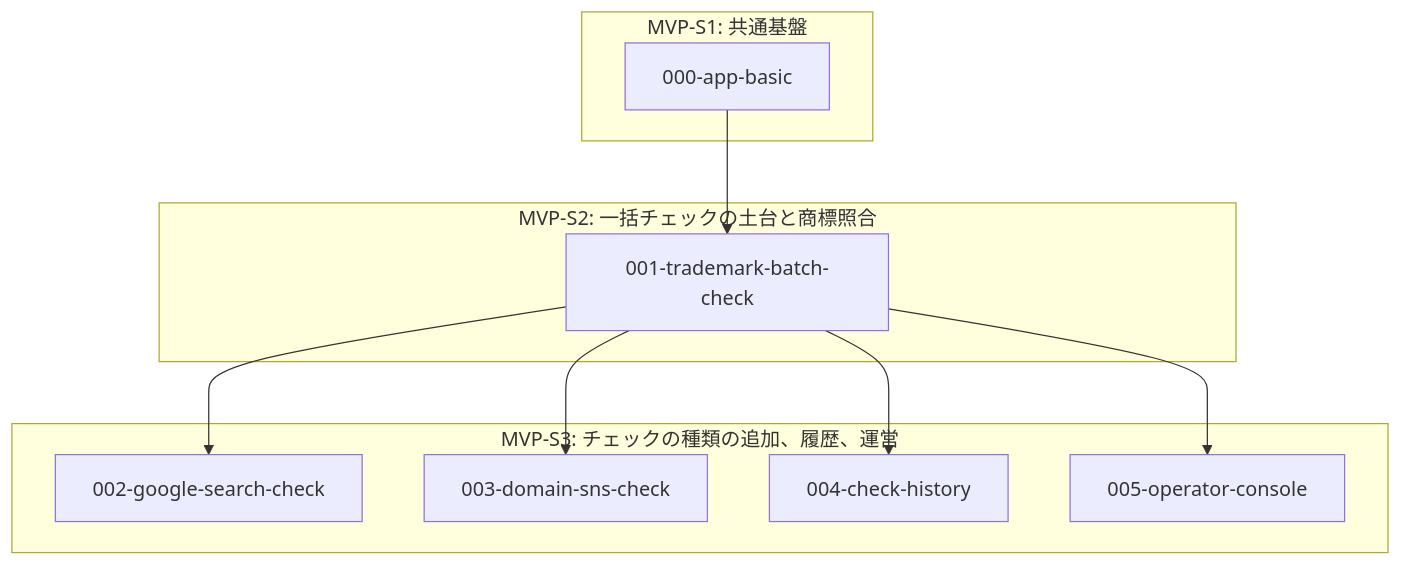
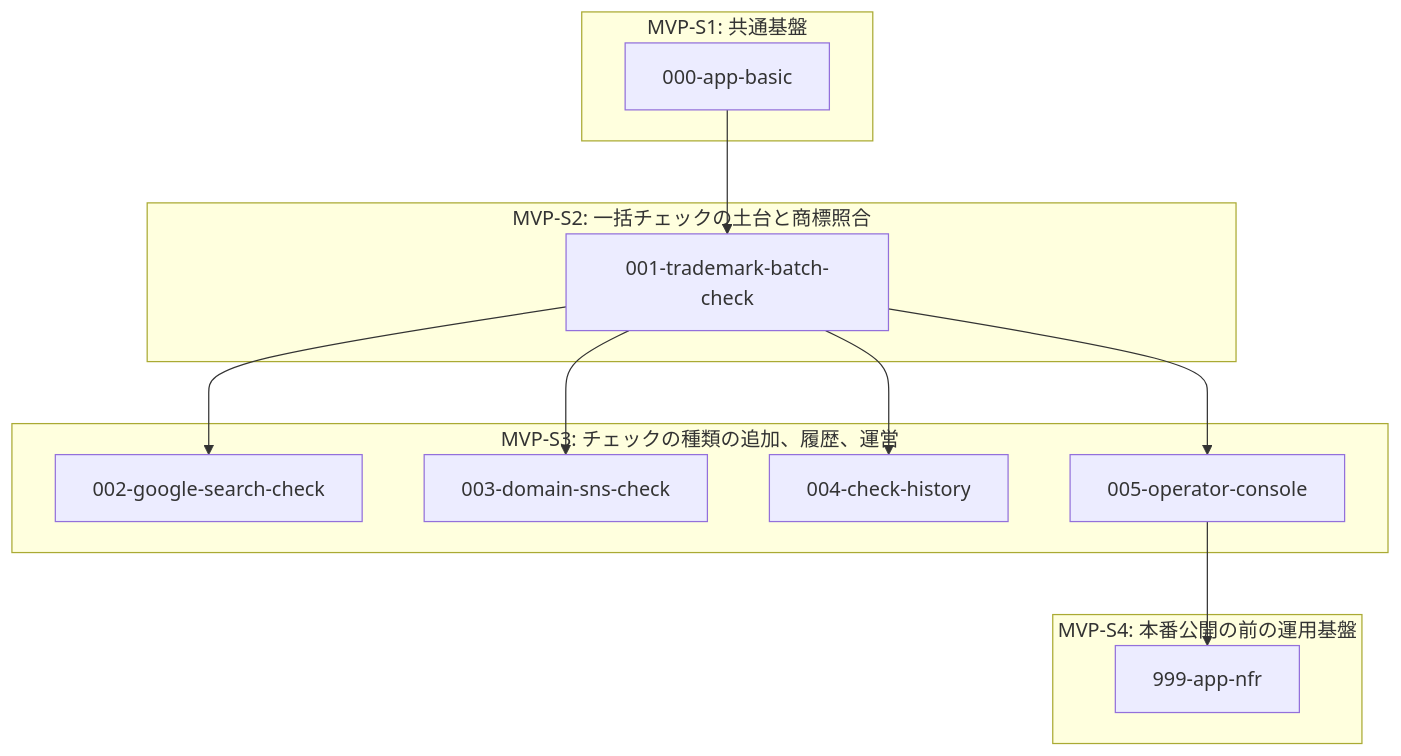
The diagram in docs/feature/spec_order.md (sfukuda84/checkmark), drawn with Mermaid before and after one commit. The commit also changed other lines of this file and 5 other files, not shown here.

````diff
--- a/docs/feature/spec_order.md
+++ b/docs/feature/spec_order.md
@@ -26,20 +27,24 @@
 ```mermaid
 flowchart TD
     subgraph M1["MVP-S1: 共通基盤"]
         Z["000-app-basic"]
     end
     subgraph M2["MVP-S2: 一括チェックの土台と商標照合"]
         A["001-trademark-batch-check"]
     end
     subgraph M3["MVP-S3: チェックの種類の追加、履歴、運営"]
         B["002-google-search-check"]
         C["003-domain-sns-check"]
         D["004-check-history"]
         E["005-operator-console"]
     end
+    subgraph M4["MVP-S4: 本番公開の前の運用基盤"]
+        N["999-app-nfr"]
+    end
     Z --> A
     A --> B
     A --> C
     A --> D
     A --> E
+    E --> N
 ```
````
